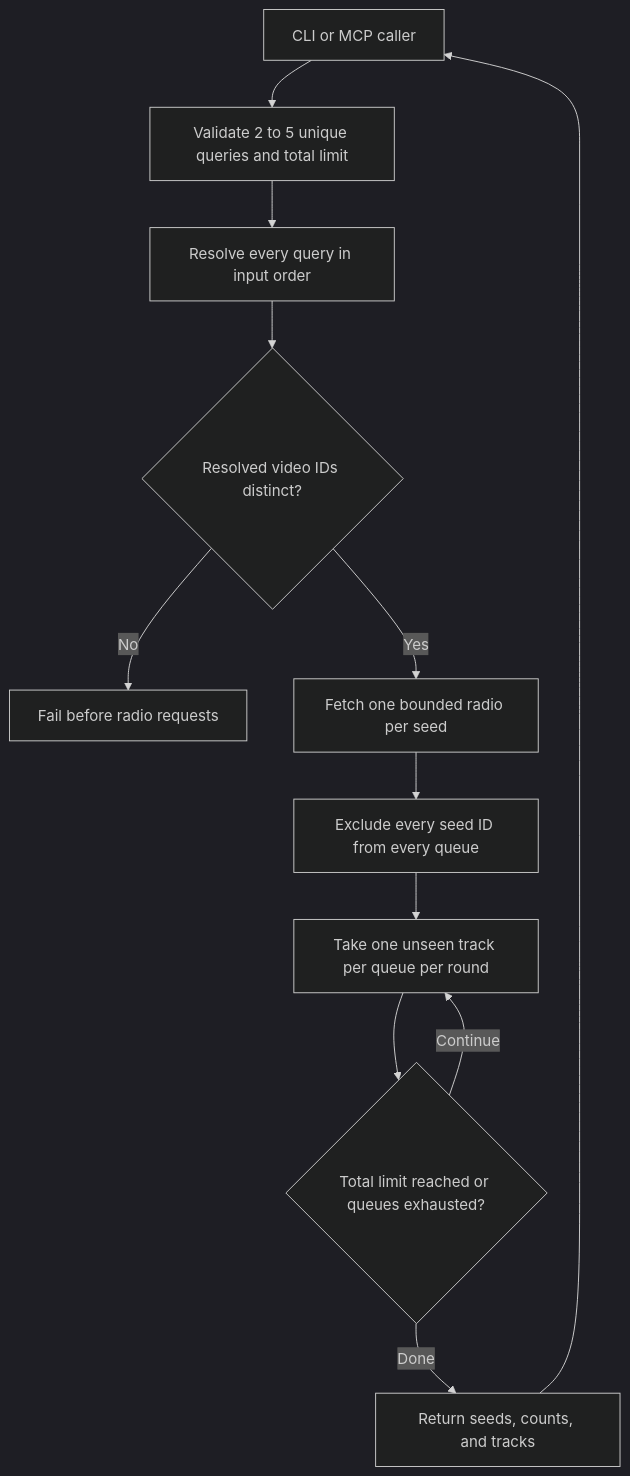
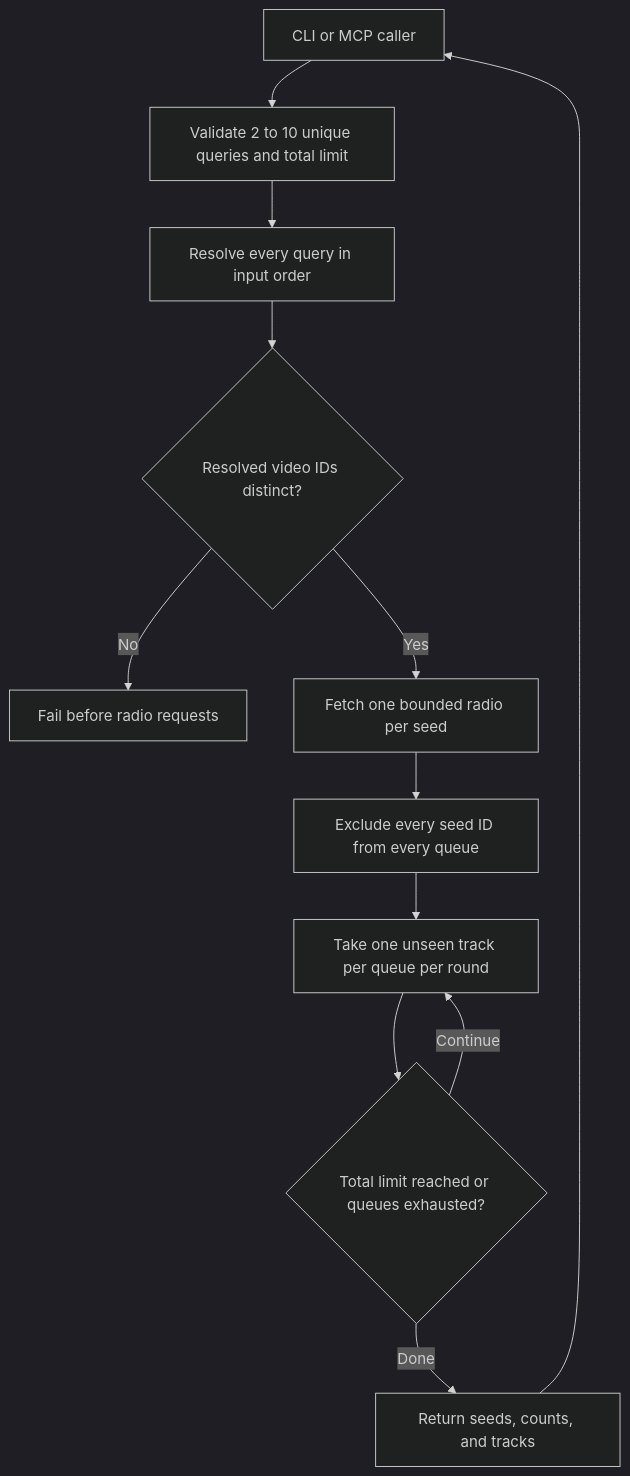
Before and after one commit to stevenmichiels/yt-mcp: the second of 2 diagrams in docs/multi-seed-plan.md, drawn with Mermaid (dark theme). The commit also changed other lines of this file and 5 other files, not shown here.

````diff
--- a/docs/multi-seed-plan.md
+++ b/docs/multi-seed-plan.md
@@ -35,14 +36,14 @@
 ```mermaid
 flowchart TD
-    U[CLI or MCP caller] --> V[Validate 2 to 5 unique queries and total limit]
+    U[CLI or MCP caller] --> V[Validate 2 to 10 unique queries and total limit]
     V --> S[Resolve every query in input order]
     S --> D{Resolved video IDs distinct?}
     D -->|No| E[Fail before radio requests]
     D -->|Yes| R[Fetch one bounded radio per seed]
     R --> X[Exclude every seed ID from every queue]
     X --> M[Take one unseen track per queue per round]
     M --> C{Total limit reached or queues exhausted?}
     C -->|Continue| M
     C -->|Done| O[Return seeds, counts, and tracks]
     O --> U
 ```
````
